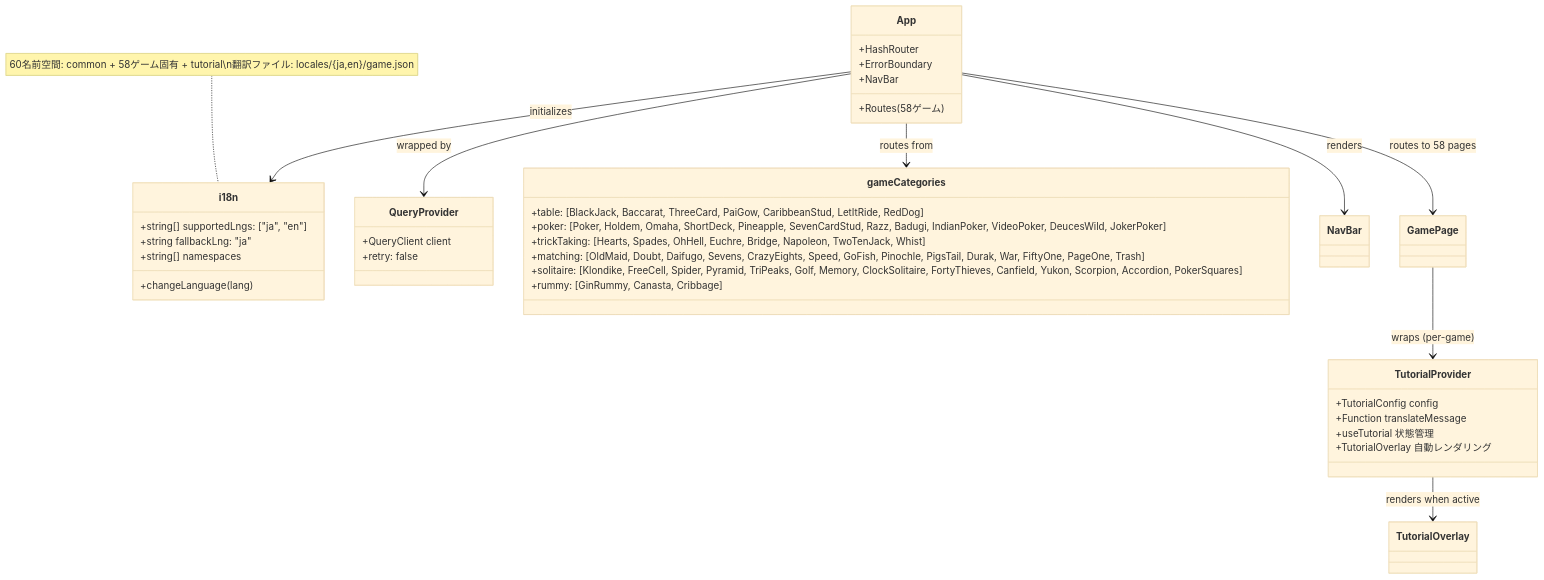
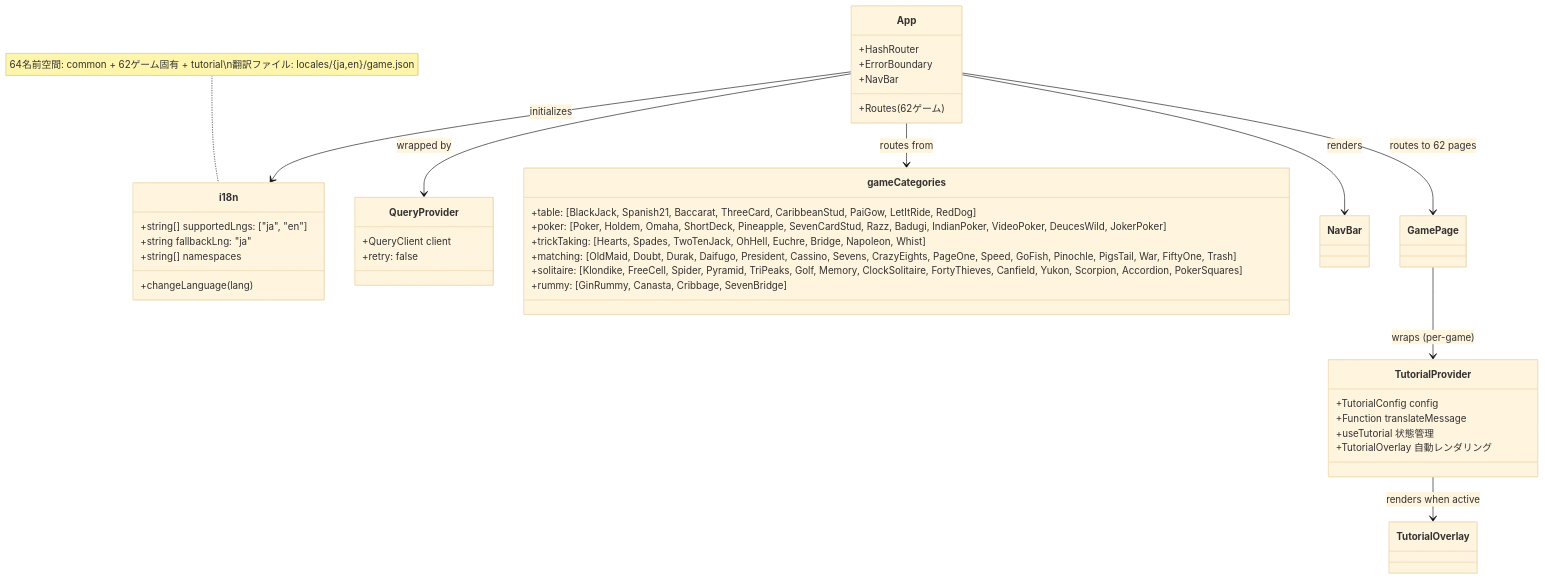
One commit to yuta-yoshinaga/go_trumpcards changed the ninth of 39 diagrams in docs/design/frontend.md. Above: the diagram before and after it, drawn with Mermaid (base theme). The commit also changed other lines of this file and 1 other file, not shown here.

Commit message:
docs: sync UML design docs with 62-game registry
Update stale "58 games / 116 Controllers / 60 namespaces" references in
docs/design/{backend,frontend}.md to match the current 62-game registry,
and extend gameCategories / API-Object lists to include sevenbridge,
president, cassino, and spanish21.

Closes #1481

````diff
--- a/docs/design/frontend.md
+++ b/docs/design/frontend.md
@@ -1824,47 +1824,47 @@
 ```mermaid
 classDiagram
     class i18n {
         +string[] supportedLngs: ["ja", "en"]
         +string fallbackLng: "ja"
         +string[] namespaces
         +changeLanguage(lang)
     }
 
     class QueryProvider {
         +QueryClient client
         +retry: false
     }
 
     class App {
         +HashRouter
         +ErrorBoundary
         +NavBar
-        +Routes (58ゲーム)
+        +Routes (62ゲーム)
     }
 
     class gameCategories {
-        +table: [BlackJack, Baccarat, ThreeCard, PaiGow, CaribbeanStud, LetItRide, RedDog]
+        +table: [BlackJack, Spanish21, Baccarat, ThreeCard, CaribbeanStud, PaiGow, LetItRide, RedDog]
         +poker: [Poker, Holdem, Omaha, ShortDeck, Pineapple, SevenCardStud, Razz, Badugi, IndianPoker, VideoPoker, DeucesWild, JokerPoker]
-        +trickTaking: [Hearts, Spades, OhHell, Euchre, Bridge, Napoleon, TwoTenJack, Whist]
-        +matching: [OldMaid, Doubt, Daifugo, Sevens, CrazyEights, Speed, GoFish, Pinochle, PigsTail, Durak, War, FiftyOne, PageOne, Trash]
+        +trickTaking: [Hearts, Spades, TwoTenJack, OhHell, Euchre, Bridge, Napoleon, Whist]
+        +matching: [OldMaid, Doubt, Durak, Daifugo, President, Cassino, Sevens, CrazyEights, PageOne, Speed, GoFish, Pinochle, PigsTail, War, FiftyOne, Trash]
         +solitaire: [Klondike, FreeCell, Spider, Pyramid, TriPeaks, Golf, Memory, ClockSolitaire, FortyThieves, Canfield, Yukon, Scorpion, Accordion, PokerSquares]
-        +rummy: [GinRummy, Canasta, Cribbage]
+        +rummy: [GinRummy, Canasta, Cribbage, SevenBridge]
     }
 
     class TutorialProvider {
         +TutorialConfig config
         +Function translateMessage
         +useTutorial 状態管理
         +TutorialOverlay 自動レンダリング
     }
 
     App --> QueryProvider : wrapped by
     App --> i18n : initializes
     App --> gameCategories : routes from
     App --> NavBar : renders
-    App --> GamePage : routes to 58 pages
+    App --> GamePage : routes to 62 pages
     GamePage --> TutorialProvider : wraps (per-game)
     TutorialProvider --> TutorialOverlay : renders when active
 
-    note for i18n "60名前空間: common + 58ゲーム固有 + tutorial\n翻訳ファイル: locales/{ja,en}/game.json"
+    note for i18n "64名前空間: common + 62ゲーム固有 + tutorial\n翻訳ファイル: locales/{ja,en}/game.json"
 ```
````
